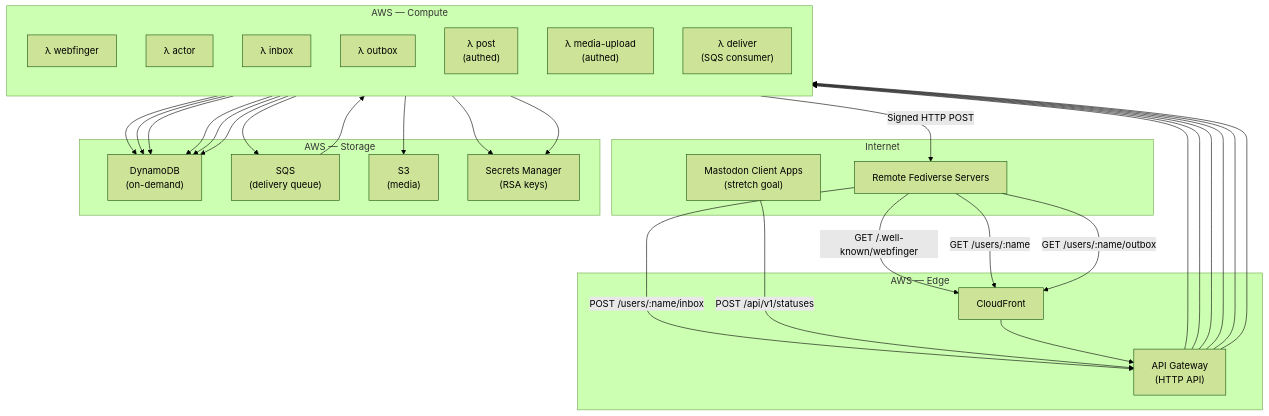
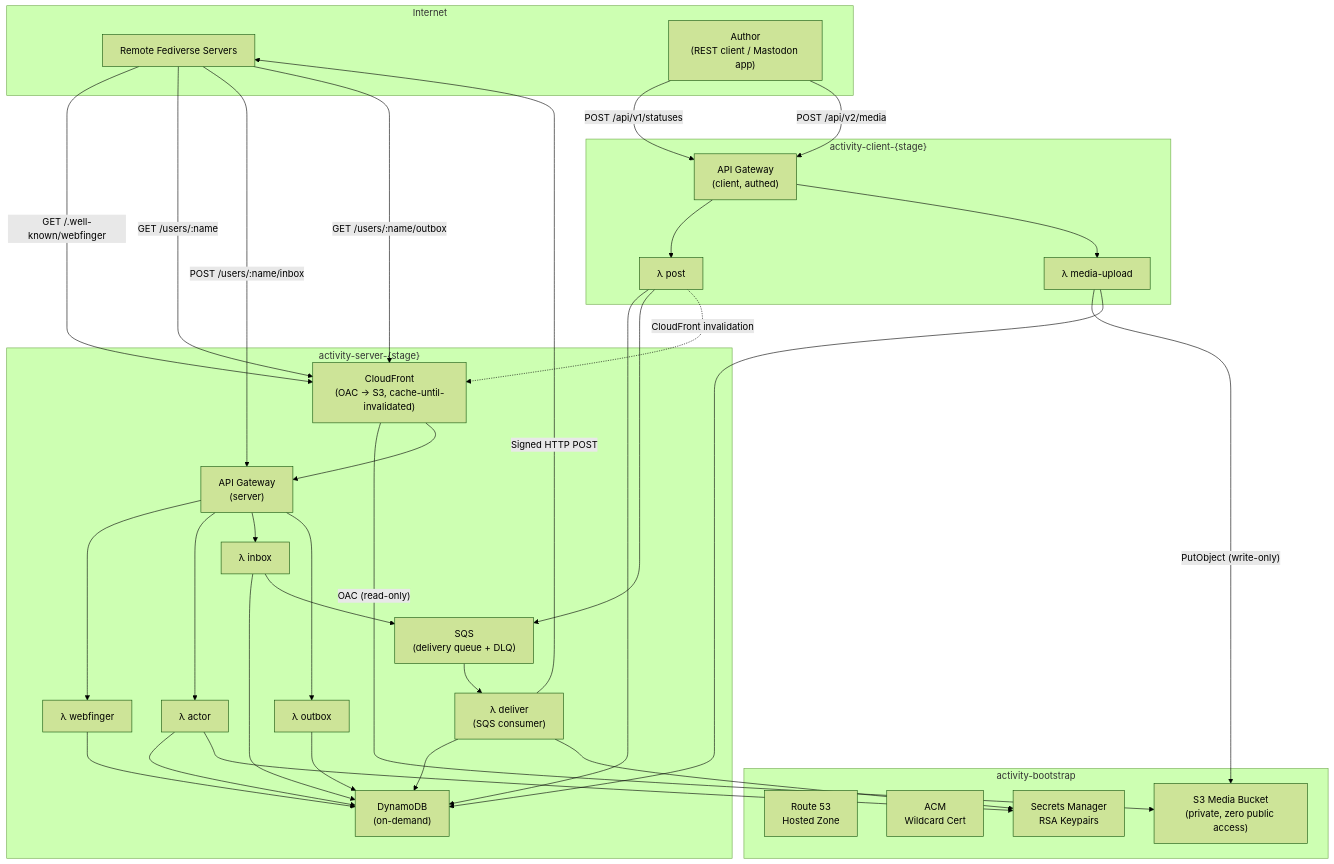
Before and after one commit to happitec-inc/FederatedActivityPublisher: the first of 4 diagrams in docs/PROJECT-PLAN.md, drawn with Mermaid (forest theme). The commit also changed other lines of this file, not shown here.

First line of the commit message:
Three-stack architecture: bootstrap, server, client

````diff
--- a/docs/PROJECT-PLAN.md
+++ b/docs/PROJECT-PLAN.md
@@ -29,58 +31,67 @@
 ```mermaid
 flowchart TB
     subgraph "Internet"
         FED["Remote Fediverse Servers"]
-        CLIENT["Mastodon Client Apps<br/>(stretch goal)"]
+        AUTHOR["Author<br/>(REST client / Mastodon app)"]
     end
 
-    subgraph "AWS — Edge"
-        CF["CloudFront"]
-        APIGW["API Gateway<br/>(HTTP API)"]
+    subgraph "activity-bootstrap"
+        R53["Route 53<br/>Hosted Zone"]
+        ACM["ACM<br/>Wildcard Cert"]
+        S3["S3 Media Bucket<br/>(private, zero public access)"]
+        SM["Secrets Manager<br/>RSA Keypairs"]
     end
 
-    subgraph "AWS — Compute"
-        direction TB
+    subgraph "activity-server-{stage}"
+        CF["CloudFront<br/>(OAC → S3, cache-until-invalidated)"]
+        APIGW_S["API Gateway<br/>(server)"]
         WF["λ webfinger"]
         ACTOR["λ actor"]
         INBOX["λ inbox"]
         OUTBOX["λ outbox"]
-        POST["λ post<br/>(authed)"]
-        MEDIA["λ media-upload<br/>(authed)"]
         DELIVER["λ deliver<br/>(SQS consumer)"]
+        DDB["DynamoDB<br/>(on-demand)"]
+        SQS["SQS<br/>(delivery queue + DLQ)"]
     end
 
-    subgraph "AWS — Storage"
-        DDB["DynamoDB<br/>(on-demand)"]
-        SQS["SQS<br/>(delivery queue)"]
-        S3["S3<br/>(media)"]
-        SM["Secrets Manager<br/>(RSA keys)"]
+    subgraph "activity-client-{stage}"
+        APIGW_C["API Gateway<br/>(client, authed)"]
+        POST["λ post"]
+        MEDIA["λ media-upload"]
     end
 
     FED -->|"GET /.well-known/webfinger"| CF
     FED -->|"GET /users/:name"| CF
-    FED -->|"POST /users/:name/inbox"| APIGW
+    FED -->|"POST /users/:name/inbox"| APIGW_S
     FED -->|"GET /users/:name/outbox"| CF
-    CLIENT -->|"POST /api/v1/statuses"| APIGW
 
-    CF --> APIGW
-    APIGW --> WF
-    APIGW --> ACTOR
-    APIGW --> INBOX
-    APIGW --> OUTBOX
-    APIGW --> POST
-    APIGW --> MEDIA
+    AUTHOR -->|"POST /api/v1/statuses"| APIGW_C
+    AUTHOR -->|"POST /api/v2/media"| APIGW_C
+
+    CF -->|"OAC (read-only)"| S3
+    CF --> APIGW_S
+    APIGW_S --> WF
+    APIGW_S --> ACTOR
+    APIGW_S --> INBOX
+    APIGW_S --> OUTBOX
 
     WF --> DDB
     ACTOR --> DDB
     ACTOR --> SM
     INBOX --> DDB
+    INBOX --> SQS
     OUTBOX --> DDB
-    POST --> DDB
-    POST --> SQS
-    MEDIA --> S3
 
     SQS --> DELIVER
     DELIVER --> DDB
+    DELIVER --> SM
     DELIVER -->|"Signed HTTP POST"| FED
-    DELIVER --> SM
+
+    APIGW_C --> POST
+    APIGW_C --> MEDIA
+    POST --> DDB
+    POST --> SQS
+    POST -.->|"CloudFront invalidation"| CF
+    MEDIA -->|"PutObject (write-only)"| S3
+    MEDIA --> DDB
 ```
````
